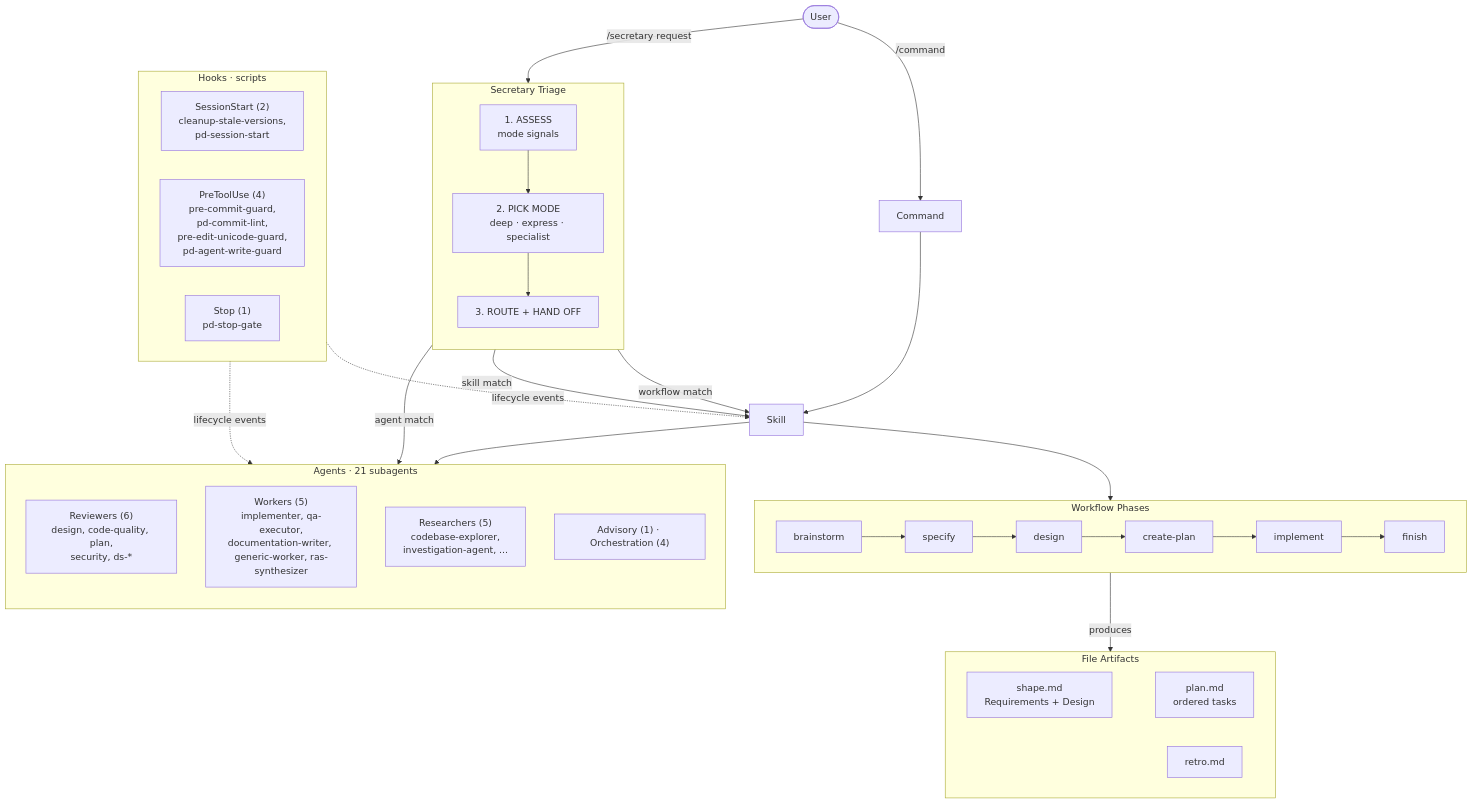
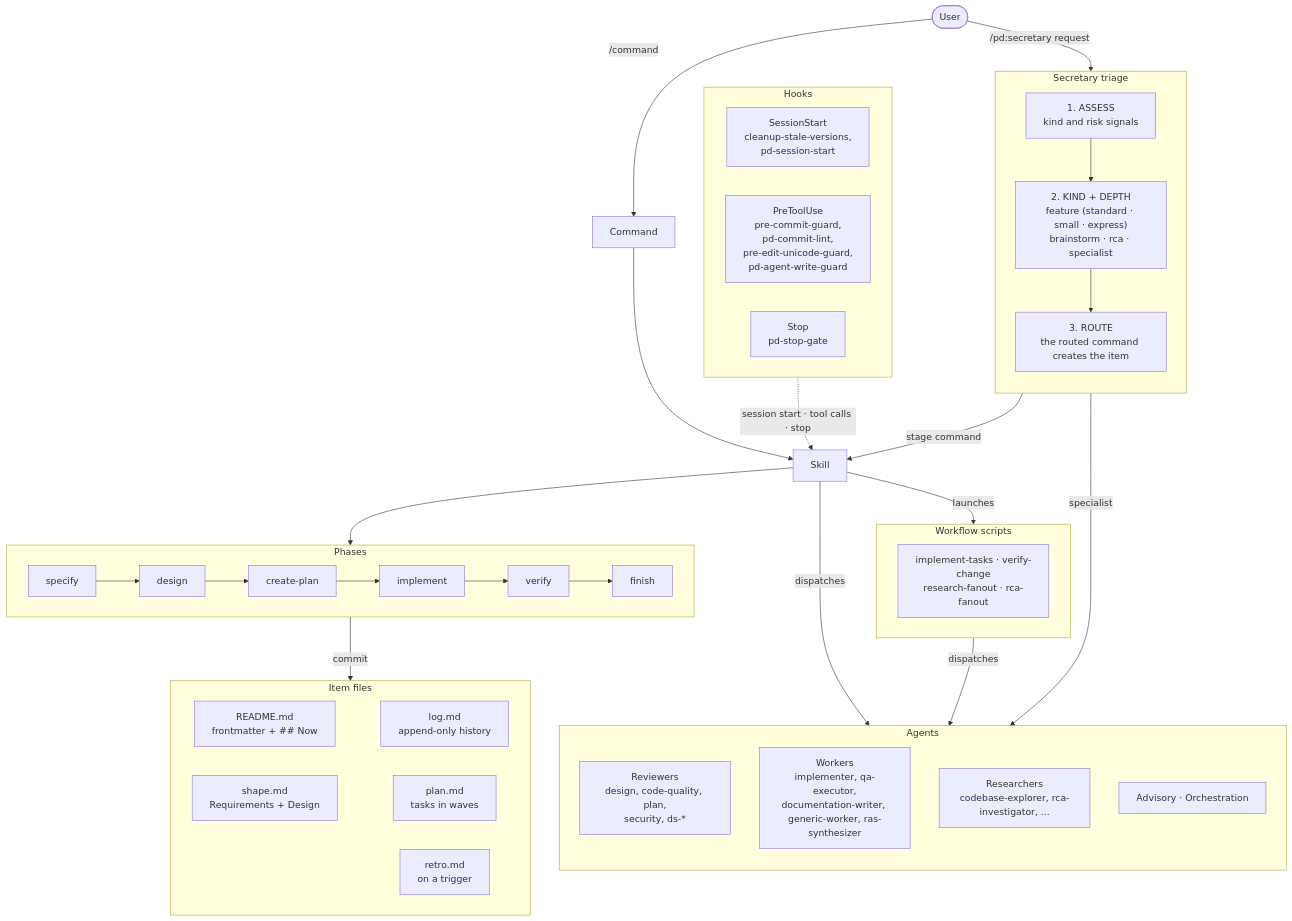
The diagram in README_FOR_DEV.md (clthuang/pedantic-drip), drawn with Mermaid before and after one commit. The commit also changed other lines of this file and 20 other files, not shown here.

````diff
--- a/README_FOR_DEV.md
+++ b/README_FOR_DEV.md
@@ -107,51 +100,55 @@
 ```mermaid
 flowchart TD
     U([User]) -->|"/command"| CMD[Command]
-    U -->|"/secretary request"| SEC
+    U -->|"/pd:secretary request"| SEC
 
-    subgraph SEC["Secretary Triage"]
+    subgraph SEC["Secretary triage"]
         direction TB
-        S1["1. ASSESS<br/>mode signals"] --> S2["2. PICK MODE<br/>deep · express · specialist"]
-        S2 --> S7["3. ROUTE + HAND OFF"]
+        S1["1. ASSESS<br/>kind and risk signals"] --> S2["2. KIND + DEPTH<br/>feature (standard · small · express)<br/>brainstorm · rca · specialist"]
+        S2 --> S3["3. ROUTE<br/>the routed command creates the item"]
     end
 
     CMD --> SK[Skill]
-    S7 -->|"workflow match"| SK
-    S7 -->|"agent match"| AG
-    S7 -->|"skill match"| SK
+    S3 -->|"stage command"| SK
+    S3 -->|"specialist"| AG
 
-    subgraph WORKFLOW["Workflow Phases"]
+    subgraph PHASES["Phases"]
         direction LR
-        WF1[brainstorm] --> WF2[specify] --> WF3[design]
-        WF3 --> WF4[create-plan] --> WF5[implement]
-        WF5 --> WF6[finish]
+        P1[specify] --> P2[design] --> P3[create-plan]
+        P3 --> P4[implement] --> P5[verify] --> P6[finish]
     end
 
-    SK --> WORKFLOW
-    SK --> AG
+    SK --> PHASES
+    SK -->|"dispatches"| AG
+    SK -->|"launches"| WF
 
-    subgraph AG["Agents · 21 subagents"]
-        direction TB
-        A1["Reviewers (6)<br/>design, code-quality, plan,<br/>security, ds-*"]
-        A2["Workers (5)<br/>implementer, qa-executor,<br/>documentation-writer, generic-worker, ras-synthesizer"]
-        A3["Researchers (5)<br/>codebase-explorer,<br/>investigation-agent, ..."]
-        A4["Advisory (1) · Orchestration (4)"]
+    subgraph WF["Workflow scripts"]
+        W1["implement-tasks · verify-change<br/>research-fanout · rca-fanout"]
     end
 
-    WORKFLOW -->|"produces"| ART
+    WF -->|"dispatches"| AG
 
-    subgraph ART["File Artifacts"]
-        F1["shape.md<br/>Requirements + Design"] ~~~ F2["plan.md<br/>ordered tasks"]
-        F3[retro.md]
+    subgraph AG["Agents"]
+        direction TB
+        A1["Reviewers<br/>design, code-quality, plan,<br/>security, ds-*"]
+        A2["Workers<br/>implementer, qa-executor,<br/>documentation-writer, generic-worker, ras-synthesizer"]
+        A3["Researchers<br/>codebase-explorer, rca-investigator, ..."]
+        A4["Advisory · Orchestration"]
     end
 
-    subgraph HOOKS["Hooks · scripts"]
-        H1["SessionStart (2)<br/>cleanup-stale-versions,<br/>pd-session-start"]
-        H2["PreToolUse (4)<br/>pre-commit-guard,<br/>pd-commit-lint,<br/>pre-edit-unicode-guard,<br/>pd-agent-write-guard"]
-        H3["Stop (1)<br/>pd-stop-gate"]
+    PHASES -->|"commit"| ART
+
+    subgraph ART["Item files"]
+        F1["README.md<br/>frontmatter + ## Now"] ~~~ F2["log.md<br/>append-only history"]
+        F3["shape.md<br/>Requirements + Design"] ~~~ F4["plan.md<br/>tasks in waves"]
+        F5["retro.md<br/>on a trigger"]
     end
 
-    HOOKS -.->|"lifecycle events"| SK
-    HOOKS -.->|"lifecycle events"| AG
+    subgraph HOOKS["Hooks"]
+        H1["SessionStart<br/>cleanup-stale-versions,<br/>pd-session-start"]
+        H2["PreToolUse<br/>pre-commit-guard,<br/>pd-commit-lint,<br/>pre-edit-unicode-guard,<br/>pd-agent-write-guard"]
+        H3["Stop<br/>pd-stop-gate"]
+    end
 
+    HOOKS -.->|"session start · tool calls · stop"| SK
 ```
````
